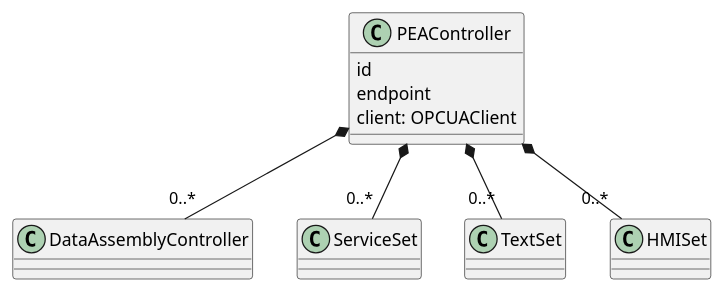
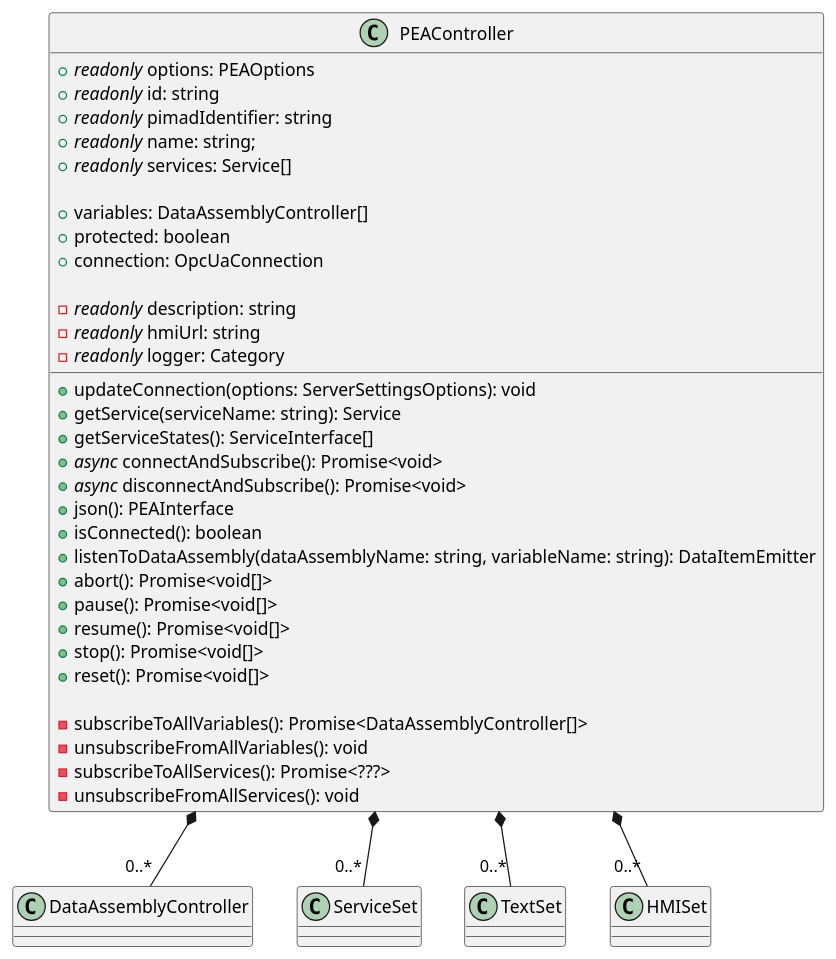
Before and after one commit to p2o-lab/polaris-backend: the diagram in src/modularPlantManager/pea/PEAController.puml, drawn with PlantUML.

```diff
--- a/src/modularPlantManager/pea/PEAController.puml
+++ b/src/modularPlantManager/pea/PEAController.puml
@@ -1,15 +1,46 @@
 @startuml
 'https://plantuml.com/class-diagram
 
 class PEAController{
-    id
-    endpoint
-    client: OPCUAClient
+    + //readonly// options: PEAOptions
+    + //readonly// id: string
+    + //readonly// pimadIdentifier: string
+    + //readonly// name: string;
+    + //readonly// services: Service[]
+
+    + variables: DataAssemblyController[]
+    + protected: boolean
+    + connection: OpcUaConnection
+
+    - //readonly// description: string
+    - //readonly// hmiUrl: string
+    - //readonly// logger: Category
+
+    + updateConnection(options: ServerSettingsOptions): void
+    + getService(serviceName: string): Service
+    + getServiceStates(): ServiceInterface[]
+    + //async// connectAndSubscribe(): Promise<void>
+    + //async// disconnectAndSubscribe(): Promise<void>
+    + json(): PEAInterface
+    + isConnected(): boolean
+    + listenToDataAssembly(dataAssemblyName: string, variableName: string): DataItemEmitter
+    + abort(): Promise<void[]>
+    + pause(): Promise<void[]>
+    + resume(): Promise<void[]>
+    + stop(): Promise<void[]>
+    + reset(): Promise<void[]>
+
+    - subscribeToAllVariables(): Promise<DataAssemblyController[]>
+    - unsubscribeFromAllVariables(): void
+    - subscribeToAllServices(): Promise<???>
+    - unsubscribeFromAllServices(): void
+
+
 }
 
 PEAController *-- "0..*" DataAssemblyController
 PEAController *-- "0..*" ServiceSet
 PEAController *-- "0..*" TextSet
 PEAController *-- "0..*" HMISet
 
 @enduml
```
